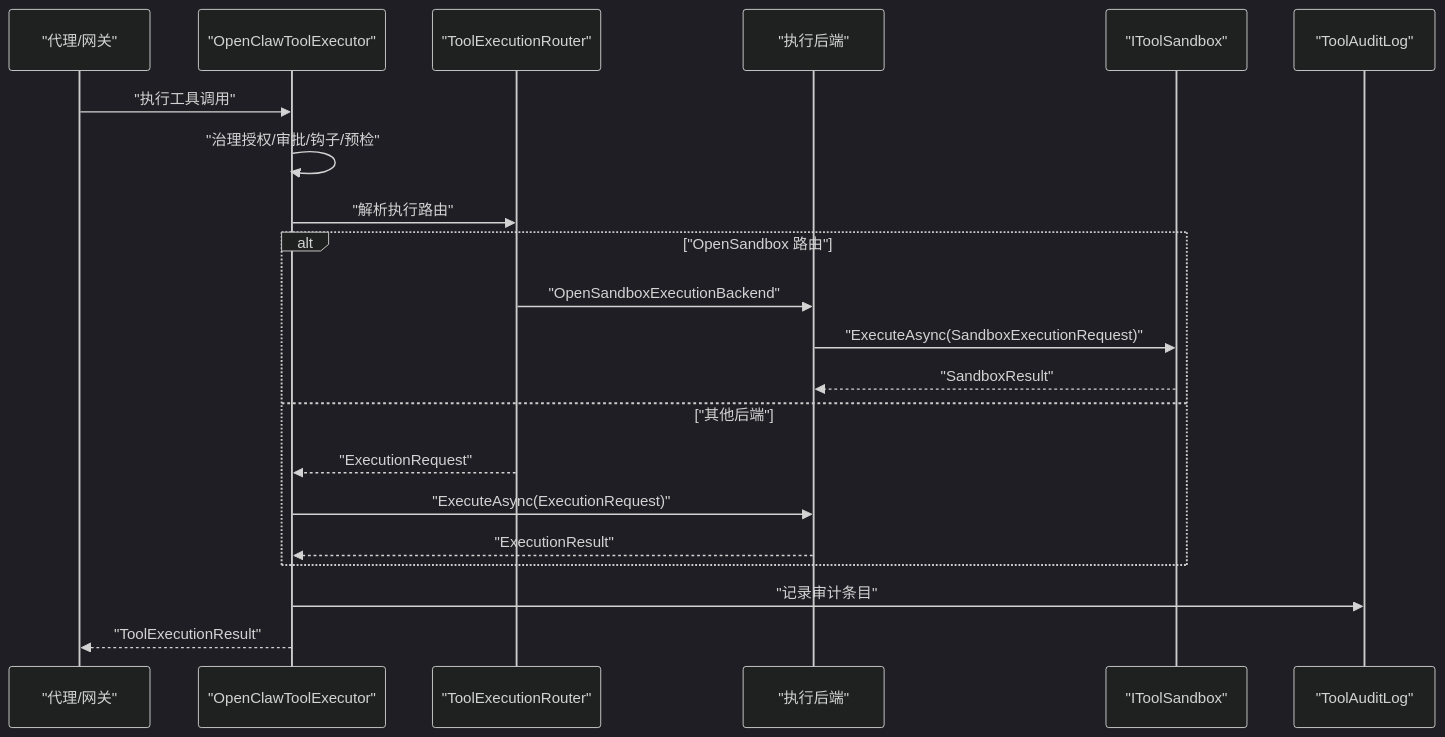
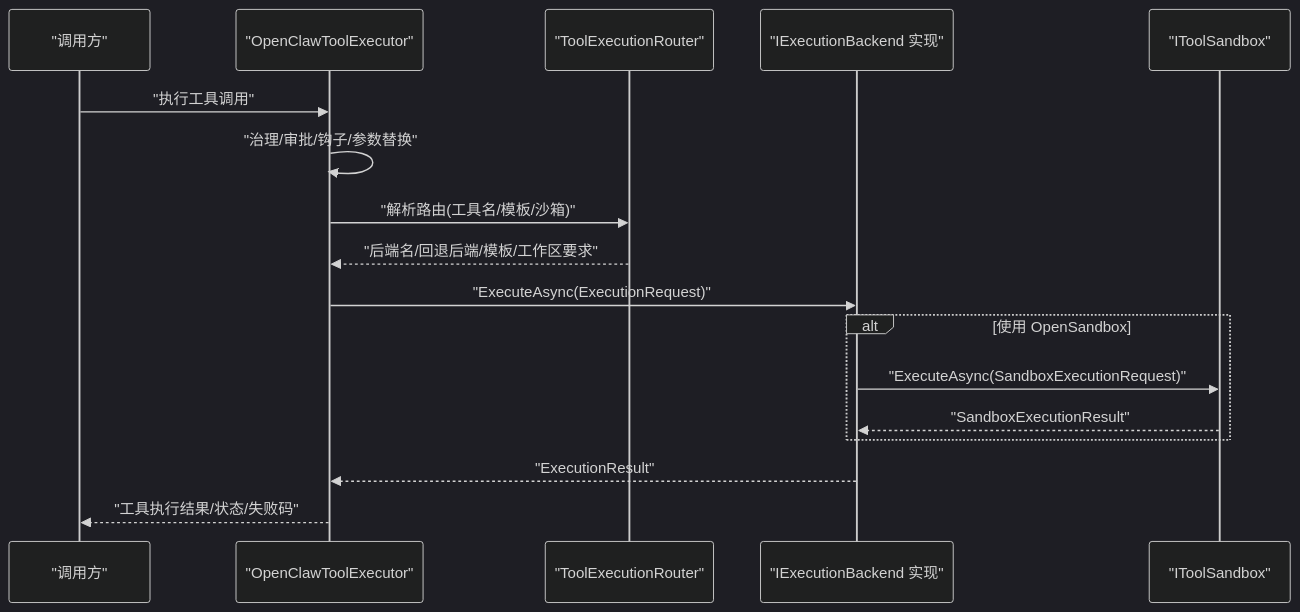
Before and after one commit to wayyet/kingcrab: the second of 7 diagrams in .qoder/repowiki/zh/content/工具系统/工具系统.md, drawn with Mermaid (dark theme). The commit also changed other lines of this file and 173 other files, not shown here.

````diff
--- a/.qoder/repowiki/zh/content/工具系统/工具系统.md
+++ b/.qoder/repowiki/zh/content/工具系统/工具系统.md
@@ -154,23 +120,19 @@
 ```mermaid
 sequenceDiagram
-participant Agent as "代理/网关"
+participant Caller as "调用方"
 participant Executor as "OpenClawToolExecutor"
 participant Router as "ToolExecutionRouter"
-participant Backend as "执行后端"
+participant Backend as "IExecutionBackend 实现"
 participant Sandbox as "IToolSandbox"
-participant Audit as "ToolAuditLog"
-Agent->>Executor : "执行工具调用"
-Executor->>Executor : "治理授权/审批/钩子/预检"
-Executor->>Router : "解析执行路由"
-alt "OpenSandbox 路由"
-Router->>Backend : "OpenSandboxExecutionBackend"
+Caller->>Executor : "执行工具调用"
+Executor->>Executor : "治理/审批/钩子/参数替换"
+Executor->>Router : "解析路由(工具名/模板/沙箱)"
+Router-->>Executor : "后端名/回退后端/模板/工作区要求"
+Executor->>Backend : "ExecuteAsync(ExecutionRequest)"
+alt 使用 OpenSandbox
 Backend->>Sandbox : "ExecuteAsync(SandboxExecutionRequest)"
-Sandbox-->>Backend : "SandboxResult"
-else "其他后端"
-Router-->>Executor : "ExecutionRequest"
-Executor->>Backend : "ExecuteAsync(ExecutionRequest)"
+Sandbox-->>Backend : "SandboxExecutionResult"
+end
 Backend-->>Executor : "ExecutionResult"
-end
-Executor->>Audit : "记录审计条目"
-Executor-->>Agent : "ToolExecutionResult"
+Executor-->>Caller : "工具执行结果/状态/失败码"
 ```
````
